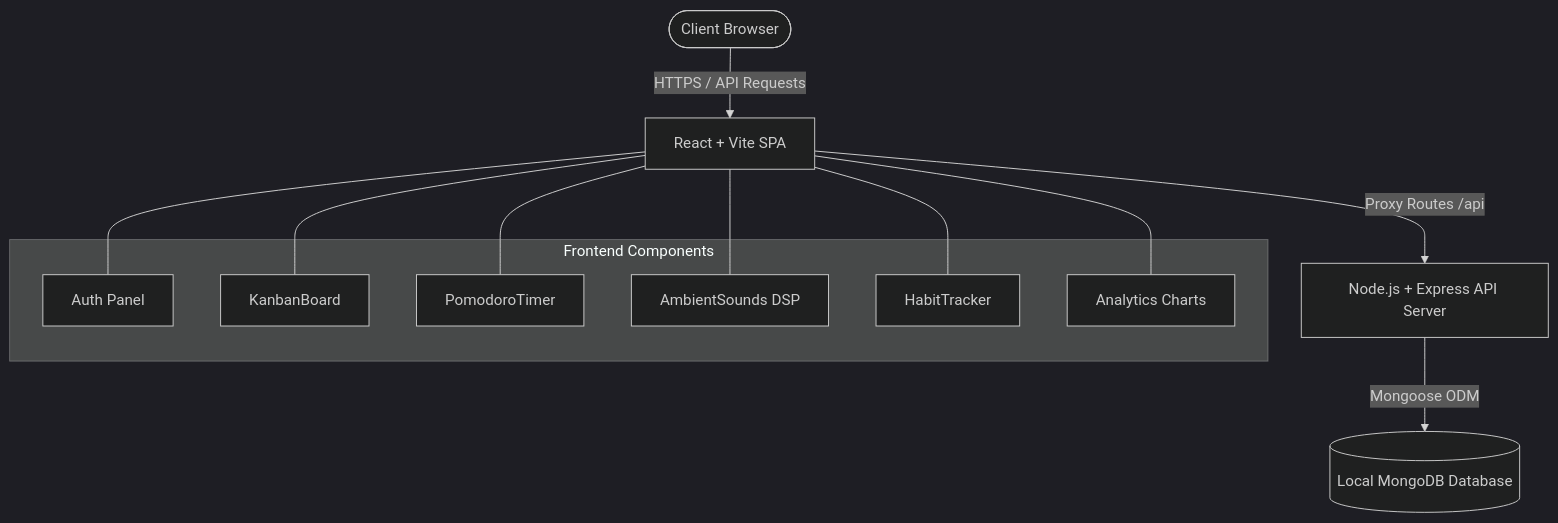
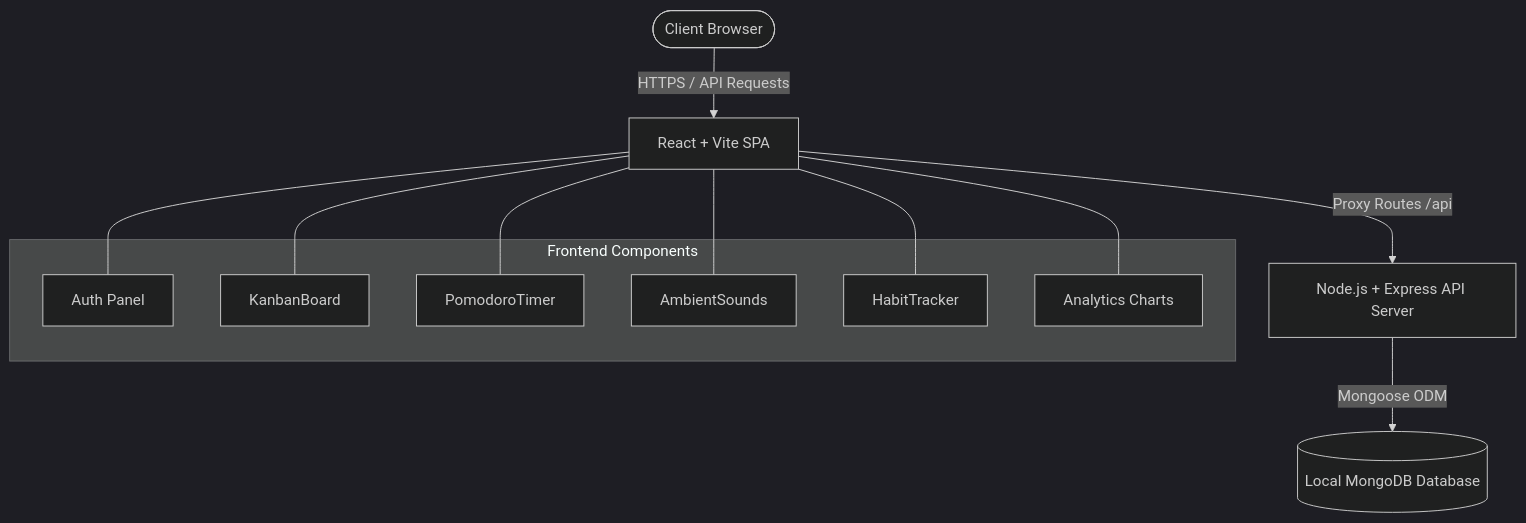
The diagram in README.md (Saramya68/ZenSapce), drawn with Mermaid (dark theme) before and after one commit. The commit also changed other lines of this file and 2 other files, not shown here.

````diff
--- a/README.md
+++ b/README.md
@@ -54,22 +54,22 @@
 ```mermaid
 graph TD
     User([Client Browser]) -->|HTTPS / API Requests| Frontend[React + Vite SPA]
     Frontend -->|Proxy Routes /api| Backend[Node.js + Express API Server]
     Backend -->|Mongoose ODM| MongoDB[(Local MongoDB Database)]
 
     subgraph Frontend Components
         Auth[Auth Panel]
         Kanban[KanbanBoard]
         Timer[PomodoroTimer]
-        Sounds[AmbientSounds DSP]
+        Sounds[AmbientSounds]
         Habits[HabitTracker]
         Charts[Analytics Charts]
     end
     
     Frontend --- Auth
     Frontend --- Kanban
     Frontend --- Timer
     Frontend --- Sounds
     Frontend --- Habits
     Frontend --- Charts
 ```
````
